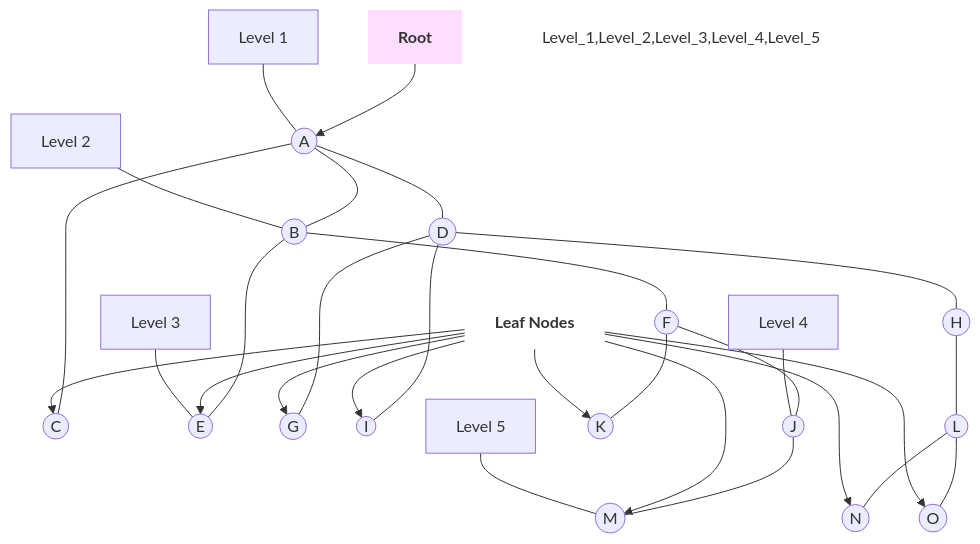
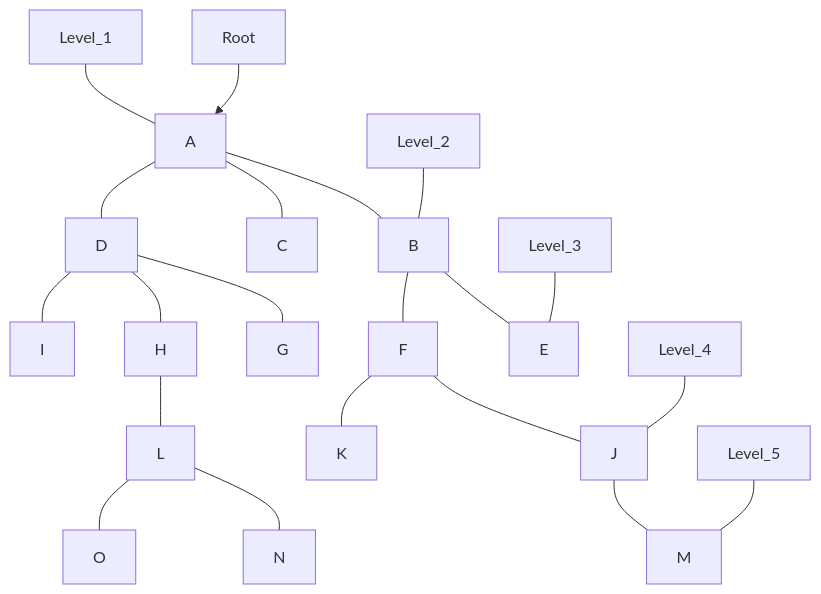
One commit to ARYAN-KUMAR-22/dsa changed the diagram in tree/tree_terminology.md. Above: the diagram before and after it, drawn with Mermaid. The commit also changed other lines of this file, not shown here.

Commit message:
Simplified tree diagram: minimum structure and labels for maximum clarity

````diff
--- a/tree/tree_terminology.md
+++ b/tree/tree_terminology.md
@@ -9,49 +9,24 @@
 ```mermaid
 graph TD
-    %% Label Arrows
-    L_Root[<b>Root</b>] --> A((A))
+    Root --> A
+    A --- B
+    A --- C
+    A --- D
+    B --- E
+    B --- F
+    D --- G
+    D --- H
+    D --- I
+    F --- J
+    F --- K
+    H --- L
+    J --- M
+    L --- N
+    L --- O
     
-    %% Tree Structure
-    A --- B((B))
-    A --- C((C))
-    A --- D((D))
-    
-    B --- E((E))
-    B --- F((F))
-    
-    D --- G((G))
-    D --- H((H))
-    D --- I((I))
-    
-    F --- J((J))
-    F --- K((K))
-    
-    H --- L((L))
-    
-    J --- M((M))
-    
-    L --- N((N))
-    L --- O((O))
-
-    %% Label for Leaf Nodes
-    L_Leaf[<b>Leaf Nodes</b>] --> C
-    L_Leaf --> E
-    L_Leaf --> G
-    L_Leaf --> I
-    L_Leaf --> K
-    L_Leaf --> M
-    L_Leaf --> N
-    L_Leaf --> O
-    
-    %% Levels (Side Labels)
-    Level_1[Level 1] --- A
-    Level_2[Level 2] --- B
-    Level_3[Level 3] --- E
-    Level_4[Level 4] --- J
-    Level_5[Level 5] --- M
-
-    %% Style (Minimal for compatibility)
-    style L_Root fill:#fdf,stroke:none
-    style L_Leaf fill:#fff,stroke:none
-    style Level_1,Level_2,Level_3,Level_4,Level_5 fill:none,stroke:none
+    Level_1 --- A
+    Level_2 --- B
+    Level_3 --- E
+    Level_4 --- J
+    Level_5 --- M
 ```
````
